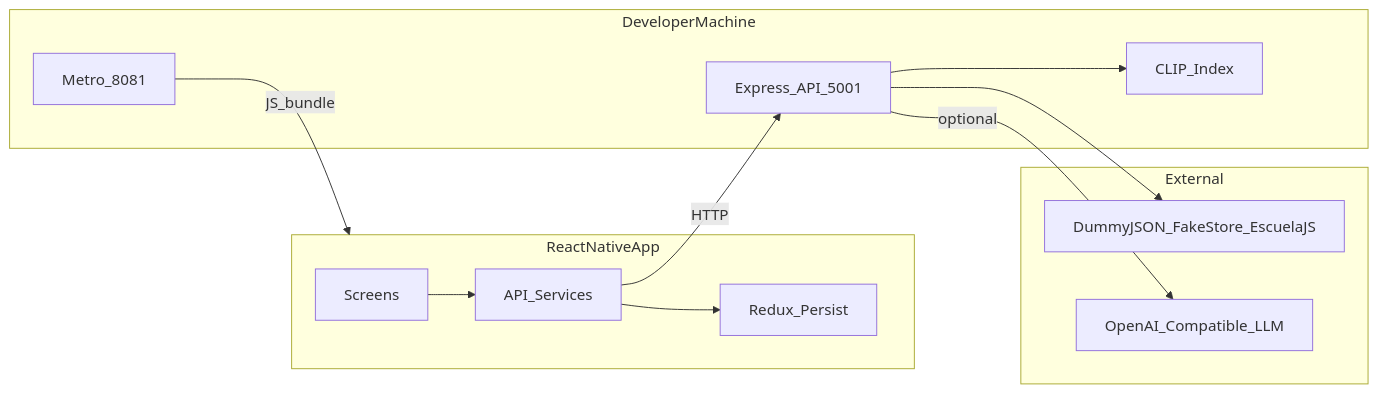
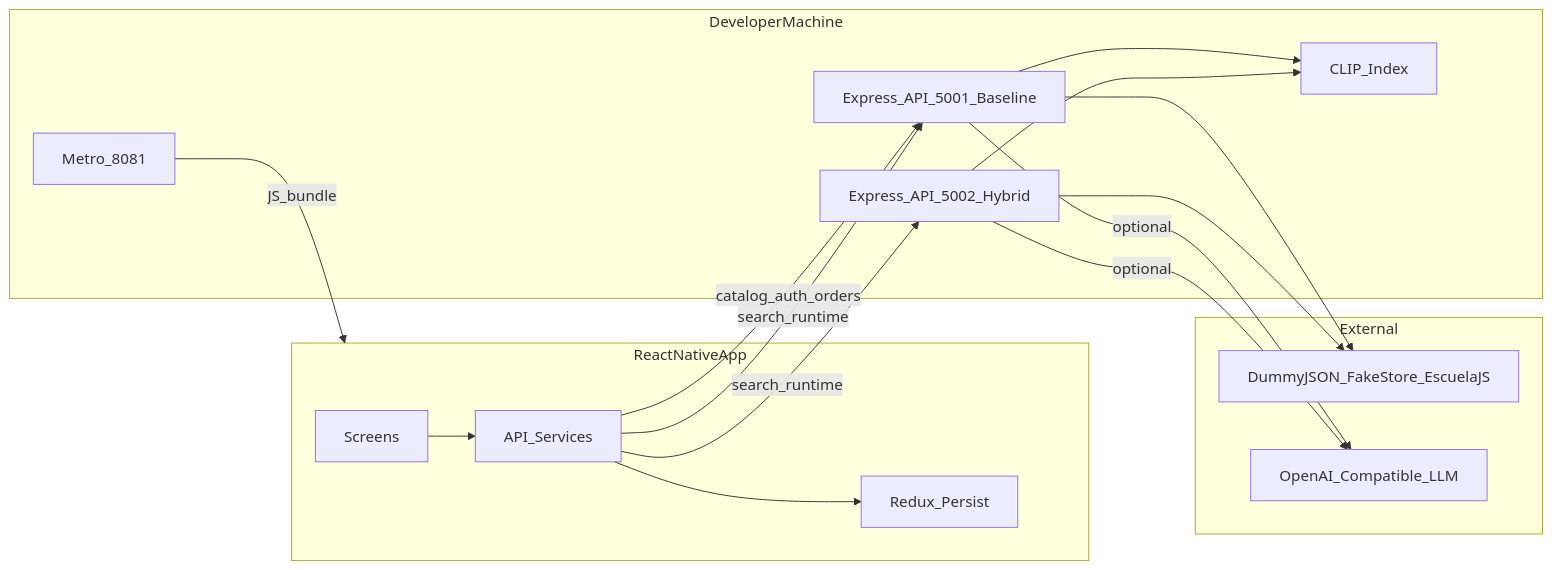
One commit to kunalkachru/EcommerceAppFullStack changed the first of 4 diagrams in docs/ARCHITECTURE.md. Above: the diagram before and after it, drawn with Mermaid. The commit also changed other lines of this file and 63 other files, not shown here.

Commit message:
Implement hybrid search runtime and iOS demo evidence

````diff
--- a/docs/ARCHITECTURE.md
+++ b/docs/ARCHITECTURE.md
@@ -15,24 +15,30 @@
 ```mermaid
 flowchart LR
   subgraph client [ReactNativeApp]
     Screens[Screens]
     Redux[Redux_Persist]
     Services[API_Services]
   end
   subgraph host [DeveloperMachine]
     Metro[Metro_8081]
-    API[Express_API_5001]
+    APIA[Express_API_5001_Baseline]
+    APIB[Express_API_5002_Hybrid]
     CLIP[CLIP_Index]
   end
   subgraph external [External]
     CatalogAPIs[DummyJSON_FakeStore_EscuelaJS]
     LLM[OpenAI_Compatible_LLM]
   end
   Screens --> Services
   Services --> Redux
-  Services -->|HTTP| API
+  Services -->|catalog_auth_orders| APIA
+  Services -->|search_runtime| APIA
+  Services -->|search_runtime| APIB
   Metro -->|JS_bundle| client
-  API --> CatalogAPIs
-  API --> CLIP
-  API -->|optional| LLM
+  APIA --> CatalogAPIs
+  APIA --> CLIP
+  APIA -->|optional| LLM
+  APIB --> CatalogAPIs
+  APIB --> CLIP
+  APIB -->|optional| LLM
 ```
````
